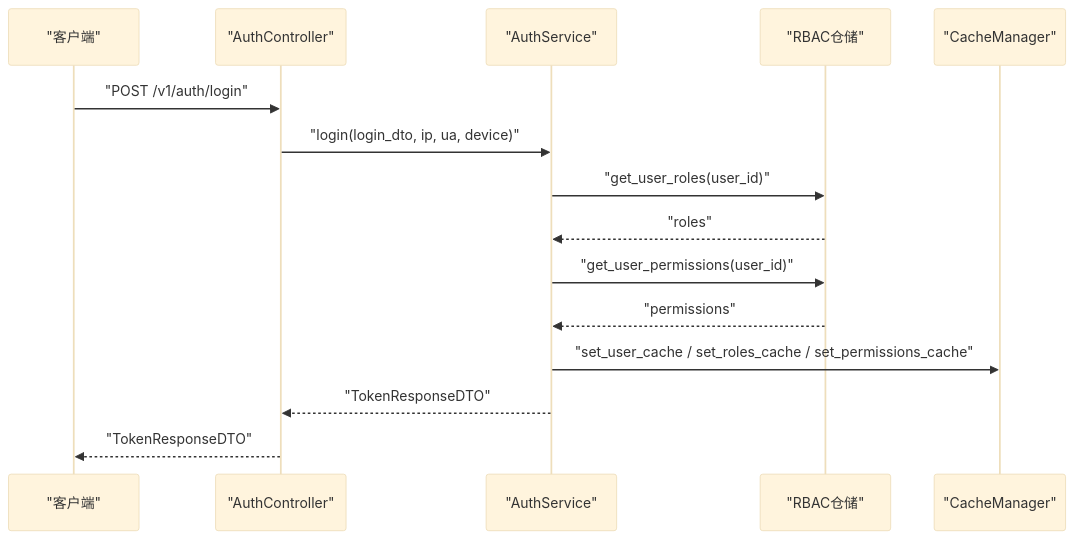
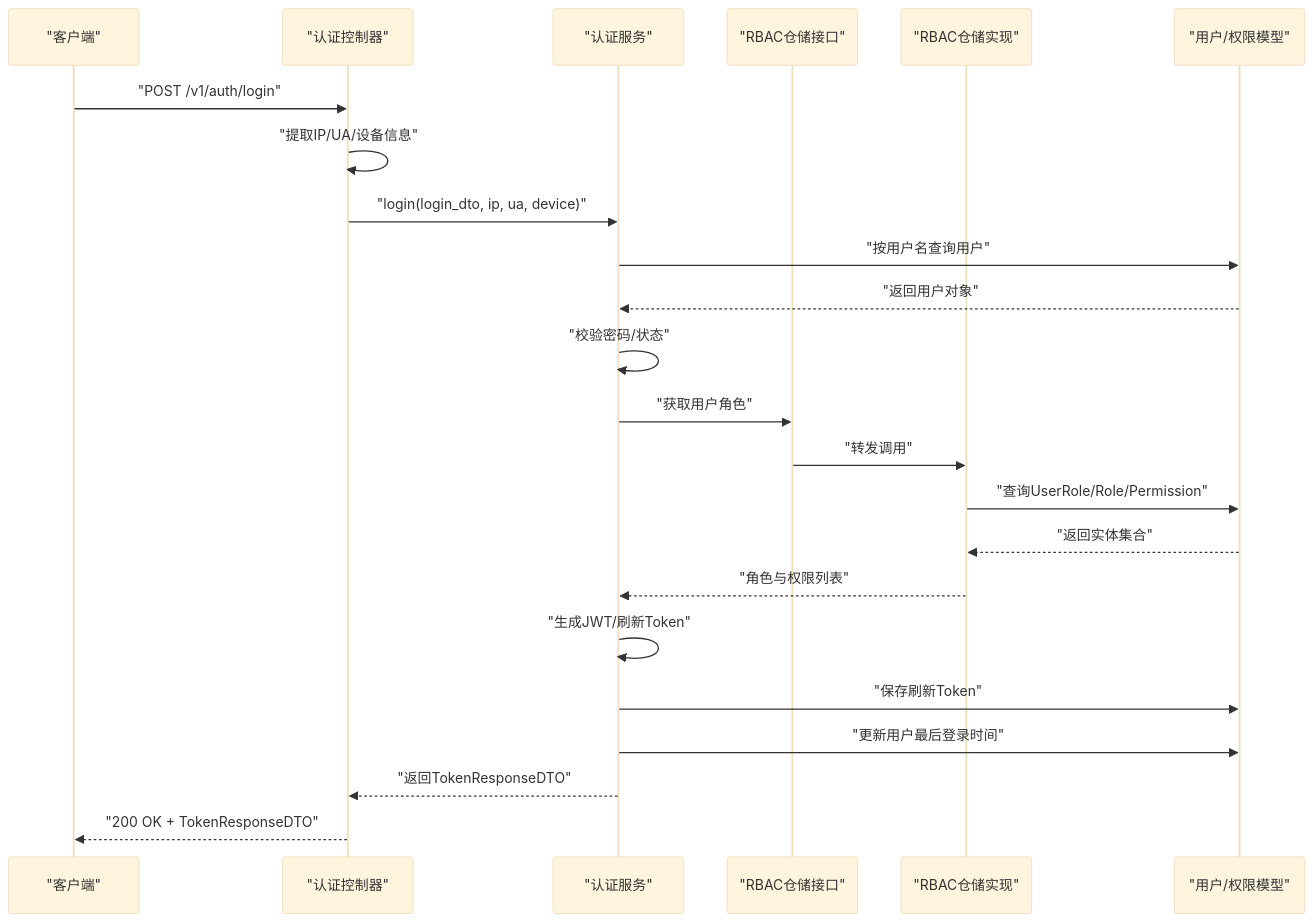
The second of 3 diagrams in .qoder/repowiki/zh/content/架构设计/架构设计.md (taoweidong/Hello-Django-Ninja-Api), drawn with Mermaid (base theme) before and after one commit. The commit also changed other lines of this file and 106 other files, not shown here.

````diff
--- a/.qoder/repowiki/zh/content/架构设计/架构设计.md
+++ b/.qoder/repowiki/zh/content/架构设计/架构设计.md
@@ -183,17 +108,25 @@
 ```mermaid
 sequenceDiagram
 participant Client as "客户端"
-participant Ctrl as "AuthController"
-participant Svc as "AuthService"
-participant Repo as "RBAC仓储"
-participant Cache as "CacheManager"
+participant Ctrl as "认证控制器"
+participant AppSvc as "认证服务"
+participant RBACRepo as "RBAC仓储接口"
+participant RBACImpl as "RBAC仓储实现"
+participant ORM as "用户/权限模型"
 Client->>Ctrl : "POST /v1/auth/login"
-Ctrl->>Svc : "login(login_dto, ip, ua, device)"
-Svc->>Repo : "get_user_roles(user_id)"
-Repo-->>Svc : "roles"
-Svc->>Repo : "get_user_permissions(user_id)"
-Repo-->>Svc : "permissions"
-Svc->>Cache : "set_user_cache / set_roles_cache / set_permissions_cache"
-Svc-->>Ctrl : "TokenResponseDTO"
-Ctrl-->>Client : "TokenResponseDTO"
+Ctrl->>Ctrl : "提取IP/UA/设备信息"
+Ctrl->>AppSvc : "login(login_dto, ip, ua, device)"
+AppSvc->>ORM : "按用户名查询用户"
+ORM-->>AppSvc : "返回用户对象"
+AppSvc->>AppSvc : "校验密码/状态"
+AppSvc->>RBACRepo : "获取用户角色"
+RBACRepo->>RBACImpl : "转发调用"
+RBACImpl->>ORM : "查询UserRole/Role/Permission"
+ORM-->>RBACImpl : "返回实体集合"
+RBACImpl-->>AppSvc : "角色与权限列表"
+AppSvc->>AppSvc : "生成JWT/刷新Token"
+AppSvc->>ORM : "保存刷新Token"
+AppSvc->>ORM : "更新用户最后登录时间"
+AppSvc-->>Ctrl : "返回TokenResponseDTO"
+Ctrl-->>Client : "200 OK + TokenResponseDTO"
 ```
````
